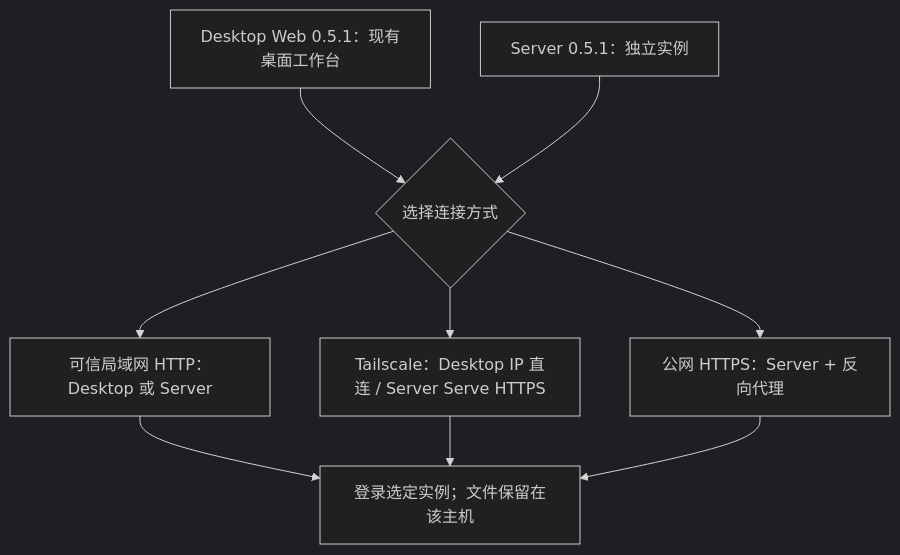
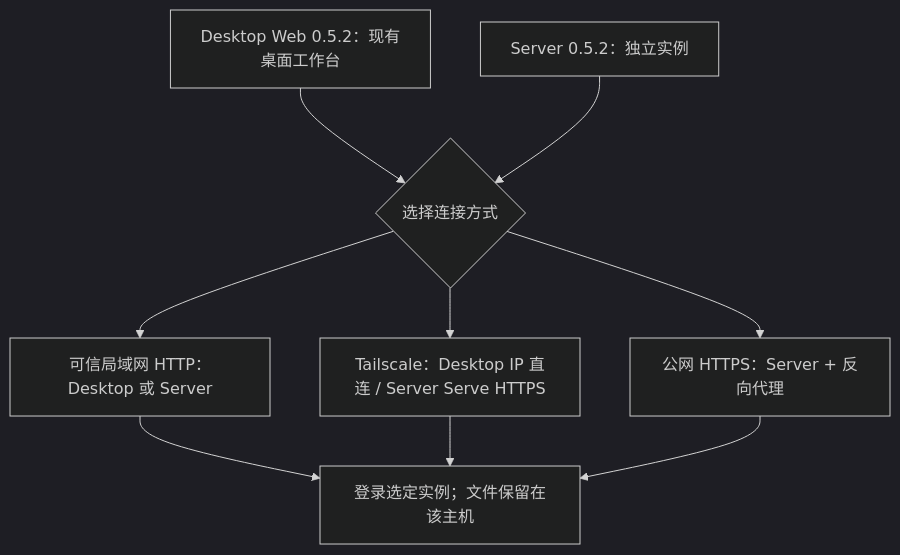
The diagram in website/site/public/assets/diagrams/deployment-choice-zh.mmd (123eyu/rovai-ai), drawn with Mermaid (dark theme) before and after one commit. The commit also changed 10 other files, not shown here.

```diff
--- a/website/site/public/assets/diagrams/deployment-choice-zh.mmd
+++ b/website/site/public/assets/diagrams/deployment-choice-zh.mmd
@@ -1,12 +1,12 @@
 flowchart TB
-  desktop["Desktop Web 0.5.1：现有桌面工作台"]
-  server["Server 0.5.1：独立实例"]
+  desktop["Desktop Web 0.5.2：现有桌面工作台"]
+  server["Server 0.5.2：独立实例"]
   choice{"选择连接方式"}
   desktop --> choice
   server --> choice
   choice --> lan["可信局域网 HTTP：Desktop 或 Server"]
   choice --> ts["Tailscale：Desktop IP 直连 / Server Serve HTTPS"]
   choice --> public["公网 HTTPS：Server + 反向代理"]
   lan --> login["登录选定实例；文件保留在该主机"]
   ts --> login
   public --> login
```
